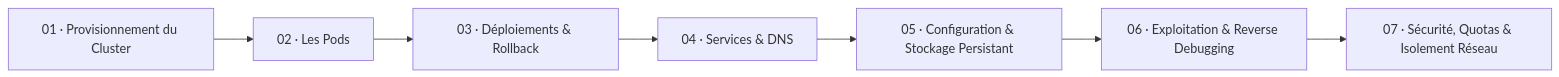
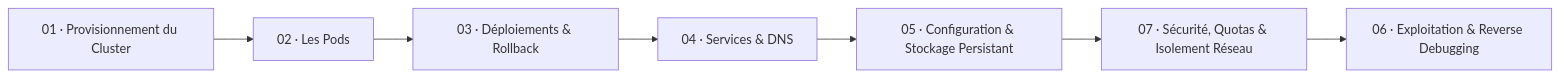
The diagram in docs/index.md (Rym28/kubernetes-training), drawn with Mermaid before and after one commit. The commit also changed other lines of this file and 19 other files, not shown here.

````diff
--- a/docs/index.md
+++ b/docs/index.md
@@ -12,10 +12,10 @@
 ```mermaid
 flowchart LR
     A["01 · Provisionnement du Cluster"] --> B["02 · Les Pods"]
     B --> C["03 · Déploiements & Rollback"]
     C --> D["04 · Services & DNS"]
 
     D --> E["05 · Configuration & Stockage Persistant"]
-    E --> F["06 · Exploitation & Reverse Debugging"]
-    F --> G["07 · Sécurité, Quotas & Isolement Réseau"]
+    E --> G["07 · Sécurité, Quotas & Isolement Réseau"]
+    G --> F["06 · Exploitation & Reverse Debugging"]
 ```
````
